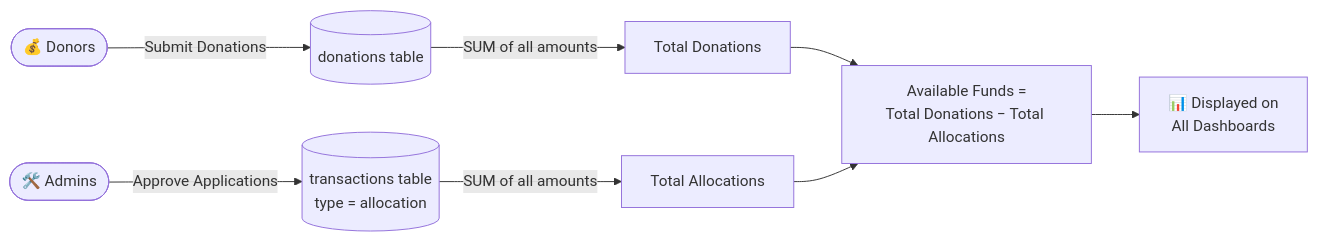
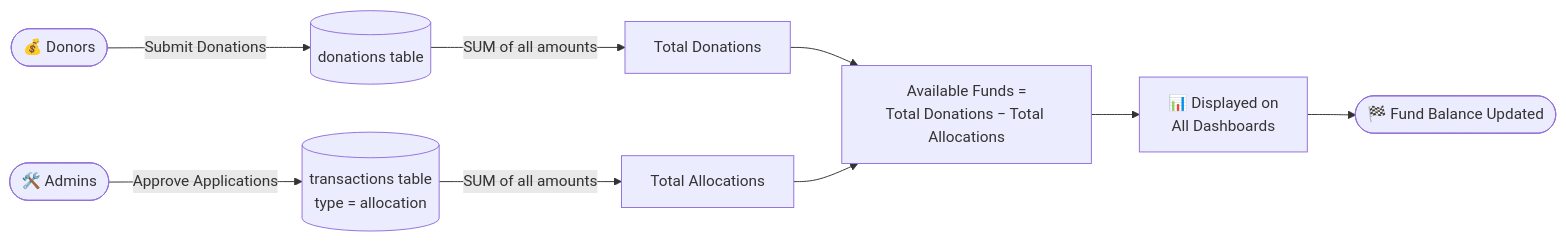
Before and after one commit to erabdurrahman/financial_resourse_managment_for_social-_wlefare: the seventh of 8 diagrams in docs/flow-diagram.md, drawn with Mermaid. The commit also changed other lines of this file, not shown here.

First line of the commit message:
Add end terminal nodes to all flow diagrams in docs/flow-diagram.md

````diff
--- a/docs/flow-diagram.md
+++ b/docs/flow-diagram.md
@@ -228,13 +254,14 @@
 ```mermaid
 flowchart LR
     Donors([💰 Donors]) -->|Submit Donations| DonationsTable[(donations table)]
     DonationsTable -->|SUM of all amounts| TotalDonations[Total Donations]
 
     Admins([🛠️ Admins]) -->|Approve Applications| TransactionsTable[(transactions table\ntype = allocation)]
     TransactionsTable -->|SUM of all amounts| TotalAllocations[Total Allocations]
 
     TotalDonations --> Calc["Available Funds =\nTotal Donations − Total Allocations"]
     TotalAllocations --> Calc
 
     Calc --> Display[📊 Displayed on\nAll Dashboards]
+    Display --> FundEnd([🏁 Fund Balance Updated])
 ```
````
